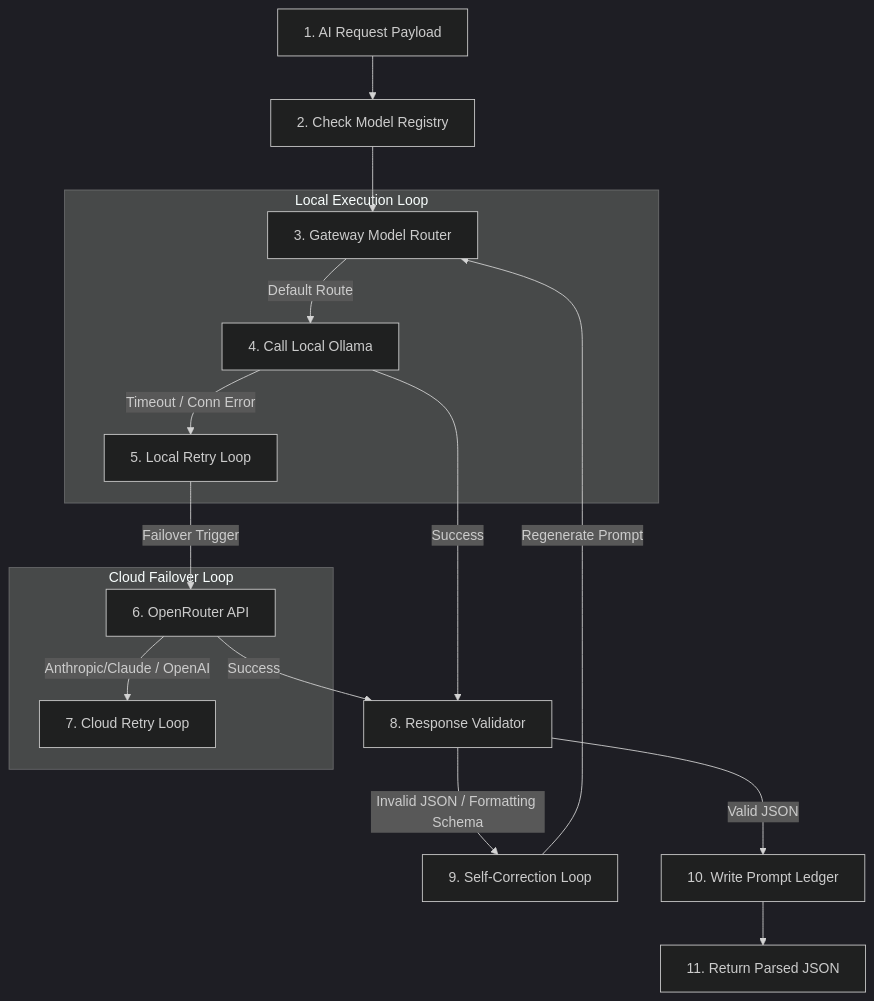
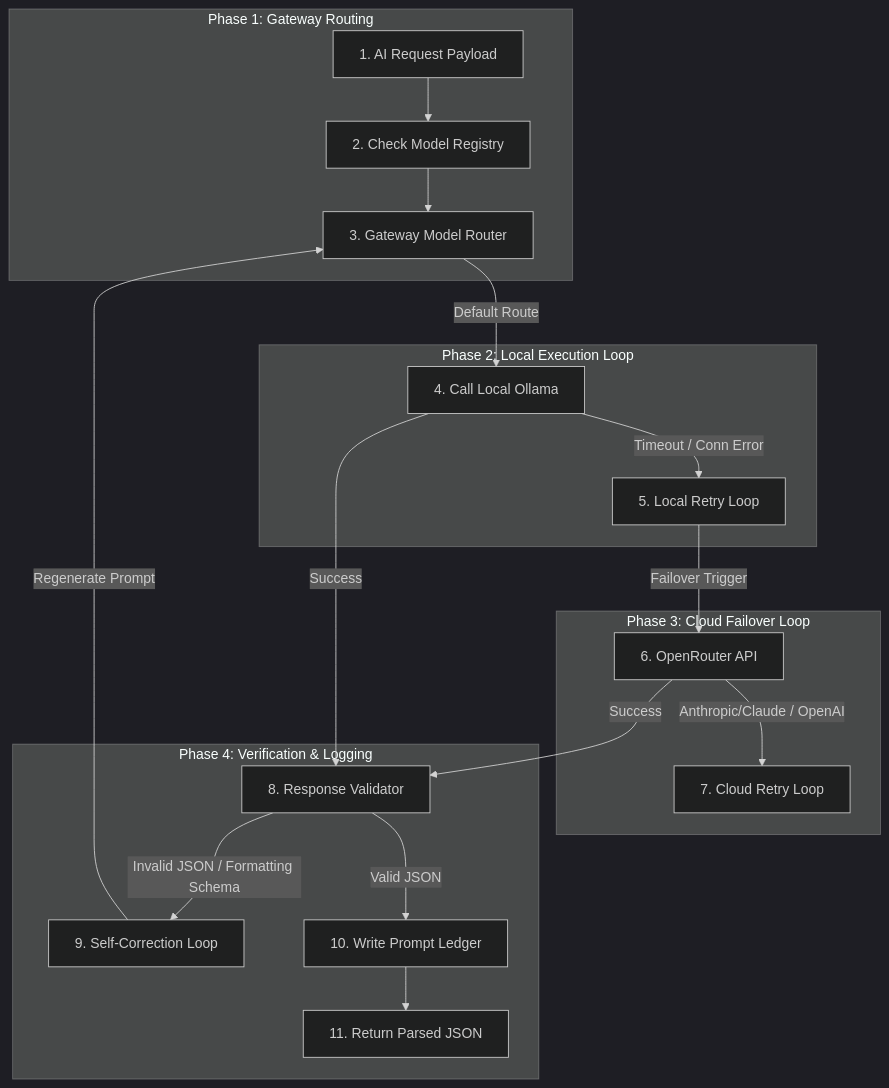
Before and after one commit to anuragbhayalprojects/startup-intelligence: the diagram in docs/system-architecture/ai-architecture.md, drawn with Mermaid (dark theme). The commit also changed 3 other files, not shown here.

Commit message:
docs: restructure all flowcharts into boxed subgraph workflow phases for enhanced visual clarity

````diff
--- a/docs/system-architecture/ai-architecture.md
+++ b/docs/system-architecture/ai-architecture.md
@@ -11,24 +11,28 @@
 ```mermaid
-flowchart TD
-    Req[1. AI Request Payload] --> Registry[2. Check Model Registry]
-    Registry --> Router[3. Gateway Model Router]
-    
-    subgraph Local Execution Loop
-        Router -->|Default Route| Ollama[4. Call Local Ollama]
-        Ollama -->|Timeout / Conn Error| LocalRetry[5. Local Retry Loop]
+flowchart TB
+    subgraph Routing["Phase 1: Gateway Routing"]
+        Req["1. AI Request Payload"] --> Registry["2. Check Model Registry"]
+        Registry --> Router["3. Gateway Model Router"]
     end
     
-    subgraph Cloud Failover Loop
-        LocalRetry -->|Failover Trigger| Cloud[6. OpenRouter API]
-        Cloud -->|"Anthropic/Claude / OpenAI"| CloudRetry[7. Cloud Retry Loop]
+    subgraph Local["Phase 2: Local Execution Loop"]
+        Router -->|Default Route| Ollama["4. Call Local Ollama"]
+        Ollama -->|Timeout / Conn Error| LocalRetry["5. Local Retry Loop"]
     end
     
-    Ollama -->|Success| Verify[8. Response Validator]
-    Cloud -->|Success| Verify
+    subgraph Cloud["Phase 3: Cloud Failover Loop"]
+        LocalRetry -->|Failover Trigger| CloudAPI["6. OpenRouter API"]
+        CloudAPI -->|"Anthropic/Claude / OpenAI"| CloudRetry["7. Cloud Retry Loop"]
+    end
     
-    Verify -->|"Invalid JSON / Formatting Schema"| RetryGen[9. Self-Correction Loop]
-    RetryGen -->|Regenerate Prompt| Router
-    
-    Verify -->|Valid JSON| Persist[10. Write Prompt Ledger]
-    Persist --> Return[11. Return Parsed JSON]
+    subgraph Verification["Phase 4: Verification & Logging"]
+        Ollama -->|Success| Verify["8. Response Validator"]
+        CloudAPI -->|Success| Verify
+        
+        Verify -->|"Invalid JSON / Formatting Schema"| RetryGen["9. Self-Correction Loop"]
+        RetryGen -->|Regenerate Prompt| Router
+        
+        Verify -->|Valid JSON| Persist["10. Write Prompt Ledger"]
+        Persist --> Return["11. Return Parsed JSON"]
+    end
 ```
````
